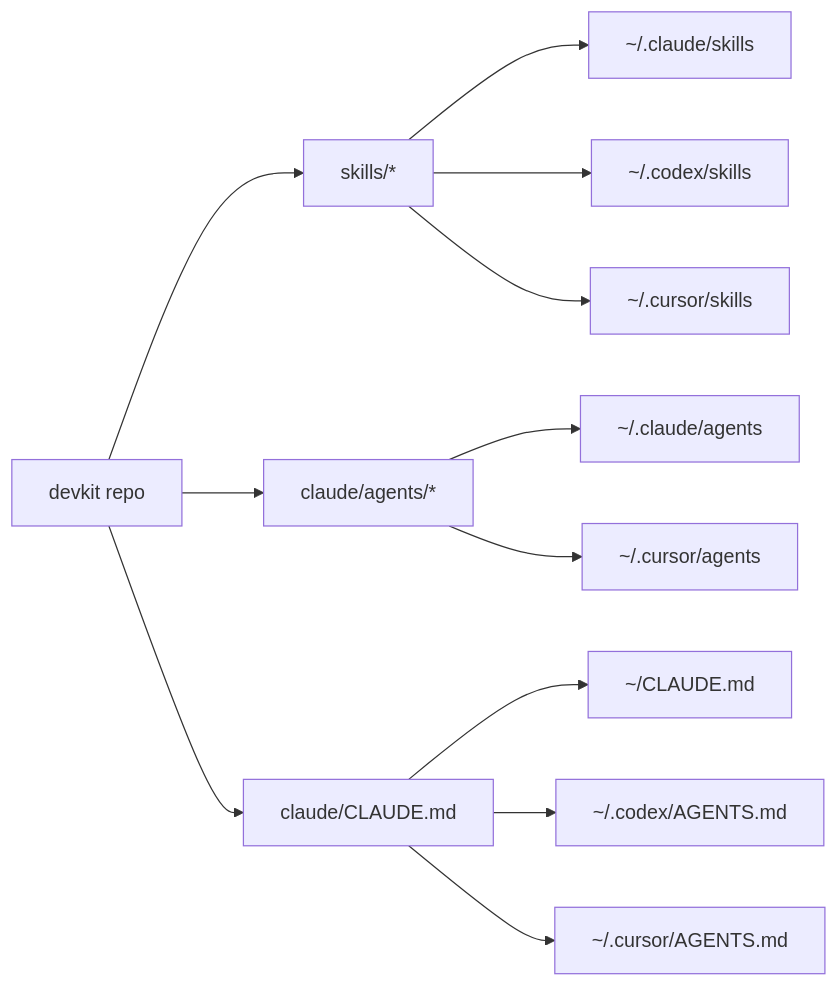
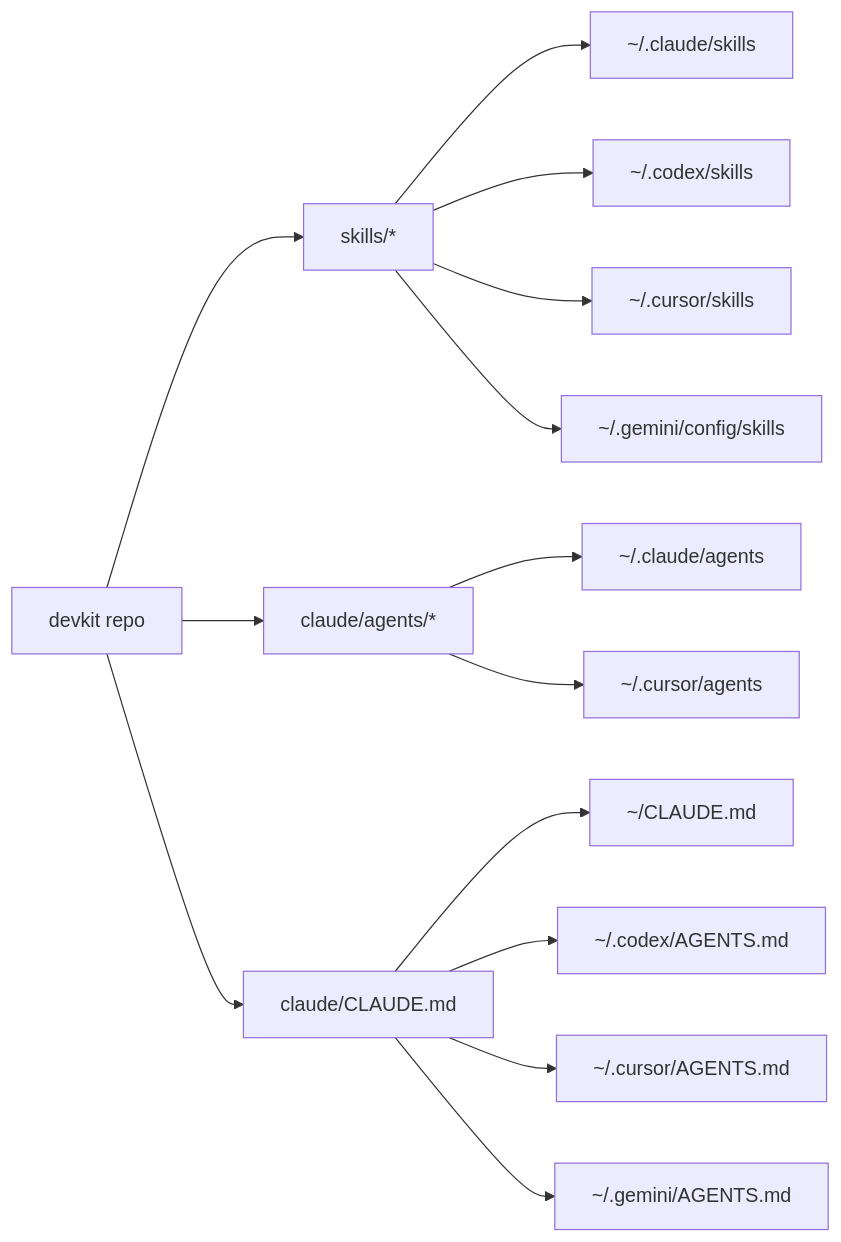
The diagram in README.md (Levezze/devkit), drawn with Mermaid before and after one commit. The commit also changed other lines of this file and 9 other files, not shown here.

````diff
--- a/README.md
+++ b/README.md
@@ -11,22 +11,24 @@
 ```mermaid
 flowchart LR
   repo["devkit repo"]
   skills["skills/*"]
   agents["claude/agents/*"]
   instructions["claude/CLAUDE.md"]
 
   repo --> skills
   repo --> agents
   repo --> instructions
 
   skills --> claudeSkills["~/.claude/skills"]
   skills --> codexSkills["~/.codex/skills"]
   skills --> cursorSkills["~/.cursor/skills"]
+  skills --> agySkills["~/.gemini/config/skills"]
 
   agents --> claudeAgents["~/.claude/agents"]
   agents --> cursorAgents["~/.cursor/agents"]
 
   instructions --> claudeMd["~/CLAUDE.md"]
   instructions --> codexMd["~/.codex/AGENTS.md"]
   instructions --> cursorMd["~/.cursor/AGENTS.md"]
+  instructions --> agyMd["~/.gemini/AGENTS.md"]
 ```
````
